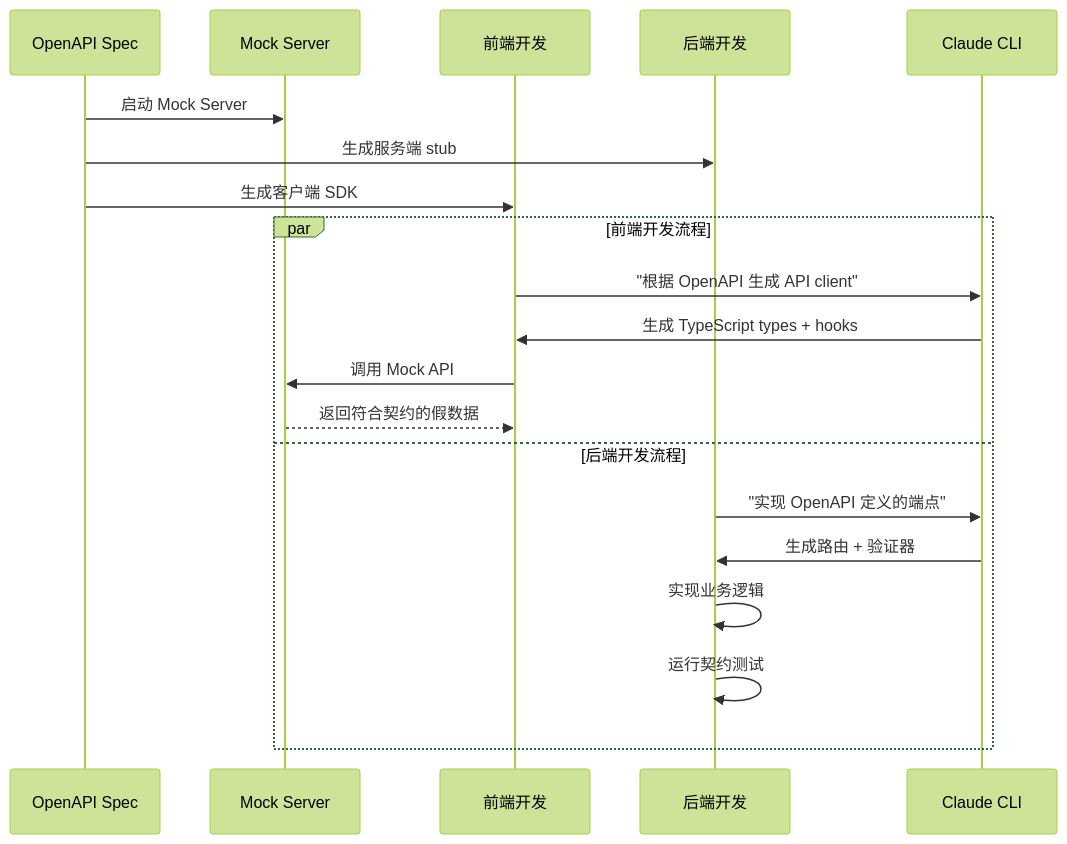
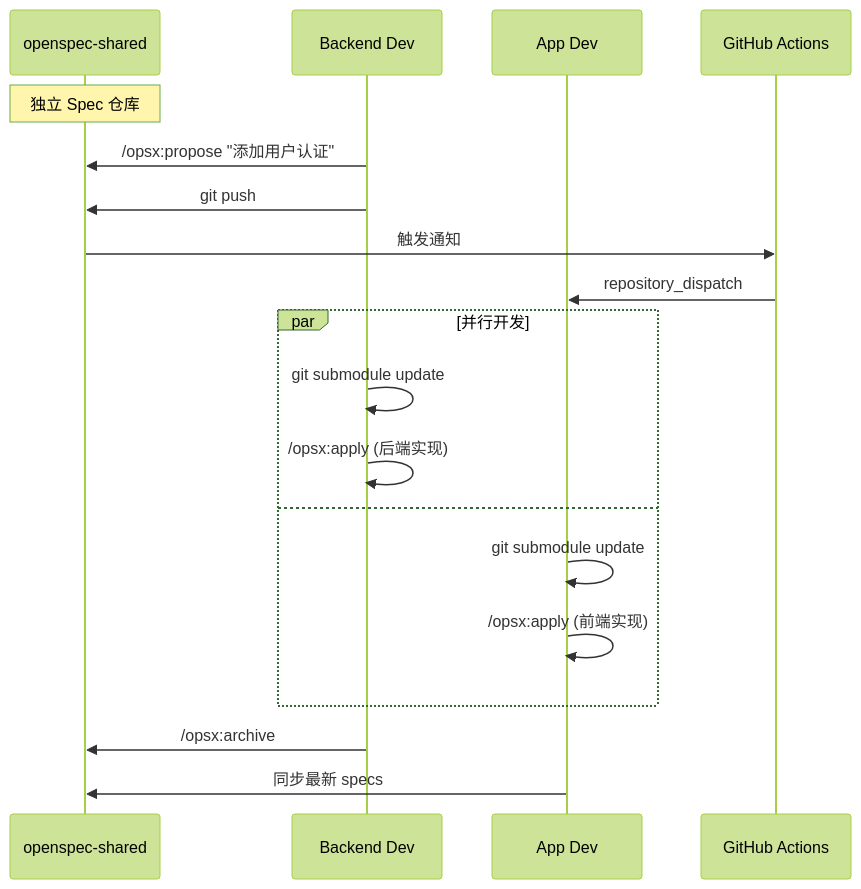
Before and after one commit to nishigepi8/note: the fourth of 7 diagrams in AI/AI全栈开发协作流程标准.md, drawn with Mermaid (forest theme). The commit also changed other lines of this file and 16 other files, not shown here.

````diff
--- a/AI/AI全栈开发协作流程标准.md
+++ b/AI/AI全栈开发协作流程标准.md
@@ -75,24 +237,26 @@
 ```mermaid
 sequenceDiagram
-    participant Spec as OpenAPI Spec
-    participant Mock as Mock Server
-    participant FE as 前端开发
-    participant BE as 后端开发
-    participant Claude as Claude CLI
+    participant Spec as openspec-shared
+    participant BE as Backend Dev
+    participant FE as App Dev
+    participant CI as GitHub Actions
     
-    Spec->>Mock: 启动 Mock Server
-    Spec->>BE: 生成服务端 stub
-    Spec->>FE: 生成客户端 SDK
+    Note over Spec: 独立 Spec 仓库
     
-    par 前端开发流程
-        FE->>Claude: "根据 OpenAPI 生成 API client"
-        Claude->>FE: 生成 TypeScript types + hooks
-        FE->>Mock: 调用 Mock API
-        Mock-->>FE: 返回符合契约的假数据
-    and 后端开发流程
-        BE->>Claude: "实现 OpenAPI 定义的端点"
-        Claude->>BE: 生成路由 + 验证器
-        BE->>BE: 实现业务逻辑
-        BE->>BE: 运行契约测试
+    BE->>Spec: /opsx:propose "添加用户认证"
+    BE->>Spec: git push
+    
+    Spec->>CI: 触发通知
+    CI->>FE: repository_dispatch
+    
+    par 并行开发
+        BE->>BE: git submodule update
+        BE->>BE: /opsx:apply (后端实现)
+    and
+        FE->>FE: git submodule update
+        FE->>FE: /opsx:apply (前端实现)
     end
+    
+    BE->>Spec: /opsx:archive
+    FE->>Spec: 同步最新 specs
 ```
````
